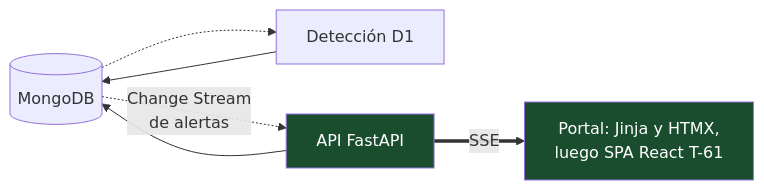
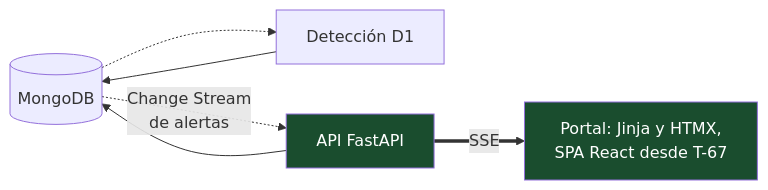
Before and after one commit to handelenriquezacuna/centinela: the eighth of 12 diagrams in docs/04-arquitectura.md, drawn with Mermaid. The commit also changed other lines of this file and 42 other files, not shown here.

First line of the commit message:
feat(portal): la SPA es el portal por omision; HTMX queda de respaldo tras la bandera

````diff
--- a/docs/04-arquitectura.md
+++ b/docs/04-arquitectura.md
@@ -197,10 +197,10 @@
 ```mermaid
 flowchart LR
     M[(MongoDB)] -.-> D1[Detección D1]
     D1 --> M
     M -. "Change Stream<br/>de alertas" .-> API[API FastAPI]
-    API == SSE ==> UI[Portal: Jinja y HTMX,<br/>luego SPA React T-61]
+    API == SSE ==> UI[Portal: Jinja y HTMX,<br/>SPA React desde T-67]
     API --> M
     style API fill:#1a4d2e,color:#fff
     style UI fill:#1a4d2e,color:#fff
 ```
````
